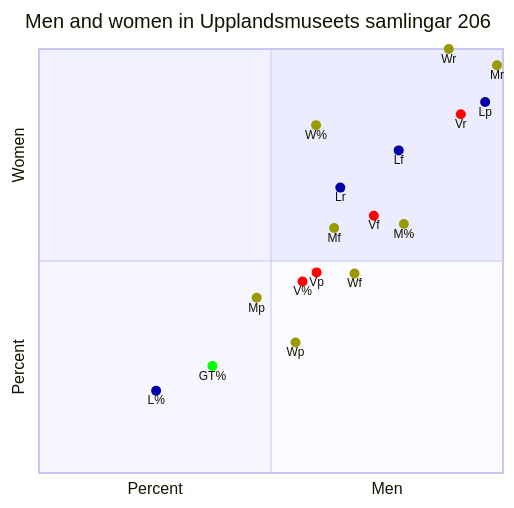
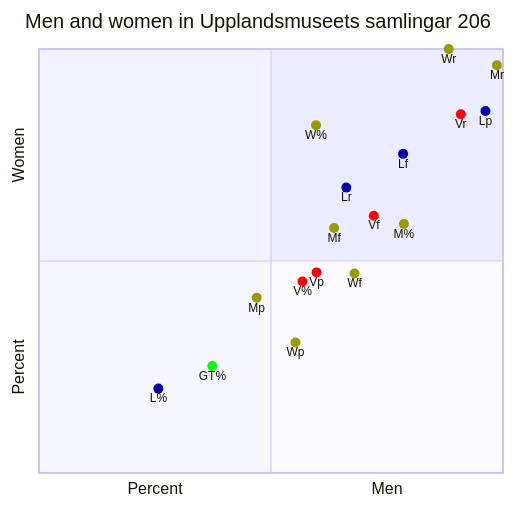
Before and after one commit to Modern36/tropes_1500: the third of 11 diagrams in browser/scatter.md, drawn with Mermaid. The commit also changed other lines of this file and 28 other files, not shown here.

````diff
--- a/browser/scatter.md
+++ b/browser/scatter.md
@@ -71,24 +71,24 @@
 ```mermaid
 quadrantChart
     title Men and women in Upplandsmuseets samlingar 206
     x-axis Percent --> Men
     y-axis Percent --> Women
     M%: [0.7864077669902912, 0.587378640776699] color: #999900
     W%: [0.5970873786407767, 0.8203883495145631] color: #999900
     GT%: [0.3737864077669903, 0.2524271844660194] color: #00FF00
     V%: [0.5679611650485437, 0.45145631067961167] color: #FF0000
-    L%: [0.2524271844660194, 0.1941747572815534] color: #0000AA
-    Lf: [0.7751937984496124, 0.7608695652173914]  color: #0000AA
-    Lp: [0.9615384615384616, 0.875]  color: #0000AA
-    Lr: [0.6493506493506493, 0.6730769230769231]  color: #0000AA
+    L%: [0.25728155339805825, 0.19902912621359223] color: #0000AA
+    Lf: [0.7846153846153846, 0.7526881720430108]  color: #0000AA
+    Lp: [0.9622641509433962, 0.8536585365853658]  color: #0000AA
+    Lr: [0.6623376623376623, 0.6730769230769231]  color: #0000AA
     Vf: [0.7216494845360825, 0.6068965517241379]  color: #FF0000
     Vp: [0.5982905982905983, 0.4731182795698925]  color: #FF0000
     Vr: [0.9090909090909091, 0.8461538461538461]  color: #FF0000
     Wf: [0.68, 0.47058823529411764]  color: #999900
     Wp: [0.5528455284552846, 0.3076923076923077]  color: #999900
     Wr: [0.8831168831168831, 0.9999]  color: #999900
     Mf: [0.6359832635983264, 0.5780346820809249]  color: #999900
     Mp: [0.4691358024691358, 0.4132231404958678]  color: #999900
     Mr: [0.987012987012987, 0.9615384615384616]  color: #999900
 
 ```
````
